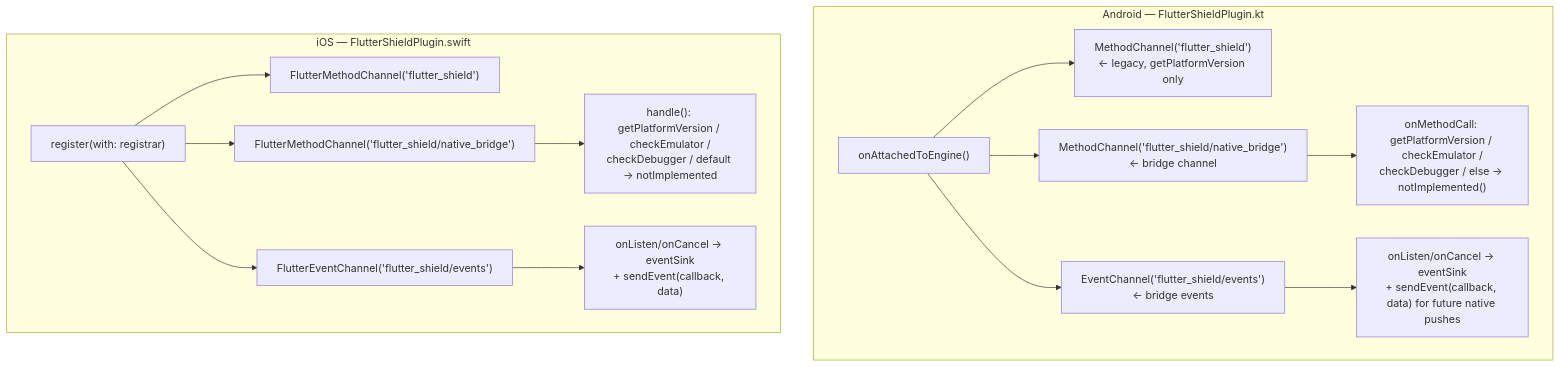
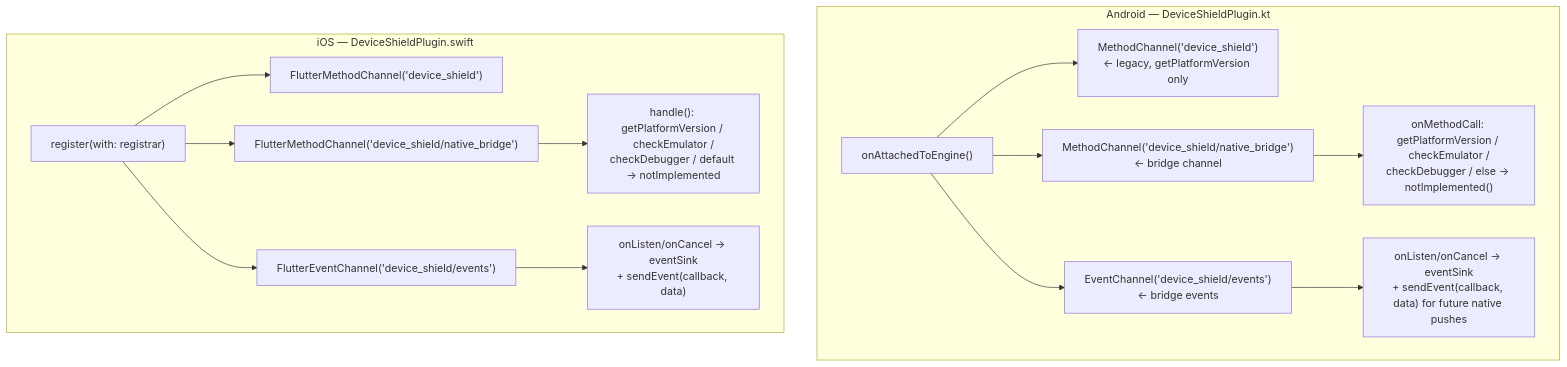
One commit to Vikaskumar75/device-shield changed the fourth of 7 diagrams in PLUGIN_FLOW_TRACE.md. Above: the diagram before and after it, drawn with Mermaid. The commit also changed other lines of this file and 225 other files, not shown here.

First line of the commit message:
Add documentation for device_shield including FAQ, troubleshooting, installation, and platform setup

````diff
--- a/PLUGIN_FLOW_TRACE.md
+++ b/PLUGIN_FLOW_TRACE.md
@@ -229,17 +229,17 @@
 ```mermaid
 flowchart TD
-    subgraph ANDROID["Android — FlutterShieldPlugin.kt"]
-        A1["onAttachedToEngine()"] --> A2["MethodChannel('flutter_shield')\n← legacy, getPlatformVersion only"]
-        A1 --> A3["MethodChannel('flutter_shield/native_bridge')\n← bridge channel"]
-        A1 --> A4["EventChannel('flutter_shield/events')\n← bridge events"]
+    subgraph ANDROID["Android — DeviceShieldPlugin.kt"]
+        A1["onAttachedToEngine()"] --> A2["MethodChannel('device_shield')\n← legacy, getPlatformVersion only"]
+        A1 --> A3["MethodChannel('device_shield/native_bridge')\n← bridge channel"]
+        A1 --> A4["EventChannel('device_shield/events')\n← bridge events"]
         A3 --> A5["onMethodCall: getPlatformVersion / checkEmulator /\ncheckDebugger / else → notImplemented()"]
         A4 --> A6["onListen/onCancel → eventSink\n+ sendEvent(callback, data) for future native pushes"]
     end
-    subgraph IOS["iOS — FlutterShieldPlugin.swift"]
-        I1["register(with: registrar)"] --> I2["FlutterMethodChannel('flutter_shield')"]
-        I1 --> I3["FlutterMethodChannel('flutter_shield/native_bridge')"]
-        I1 --> I4["FlutterEventChannel('flutter_shield/events')"]
+    subgraph IOS["iOS — DeviceShieldPlugin.swift"]
+        I1["register(with: registrar)"] --> I2["FlutterMethodChannel('device_shield')"]
+        I1 --> I3["FlutterMethodChannel('device_shield/native_bridge')"]
+        I1 --> I4["FlutterEventChannel('device_shield/events')"]
         I3 --> I5["handle(): getPlatformVersion / checkEmulator /\ncheckDebugger / default → notImplemented"]
         I4 --> I6["onListen/onCancel → eventSink\n+ sendEvent(callback, data)"]
     end
 ```
````
